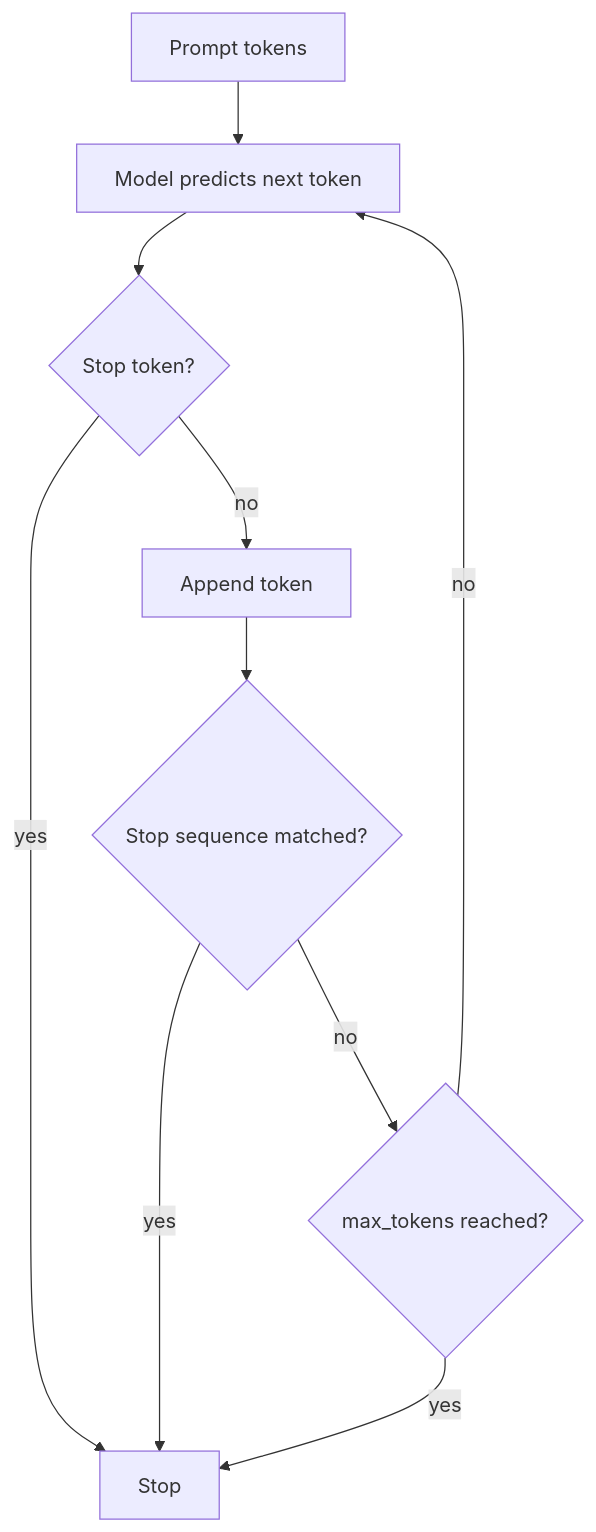
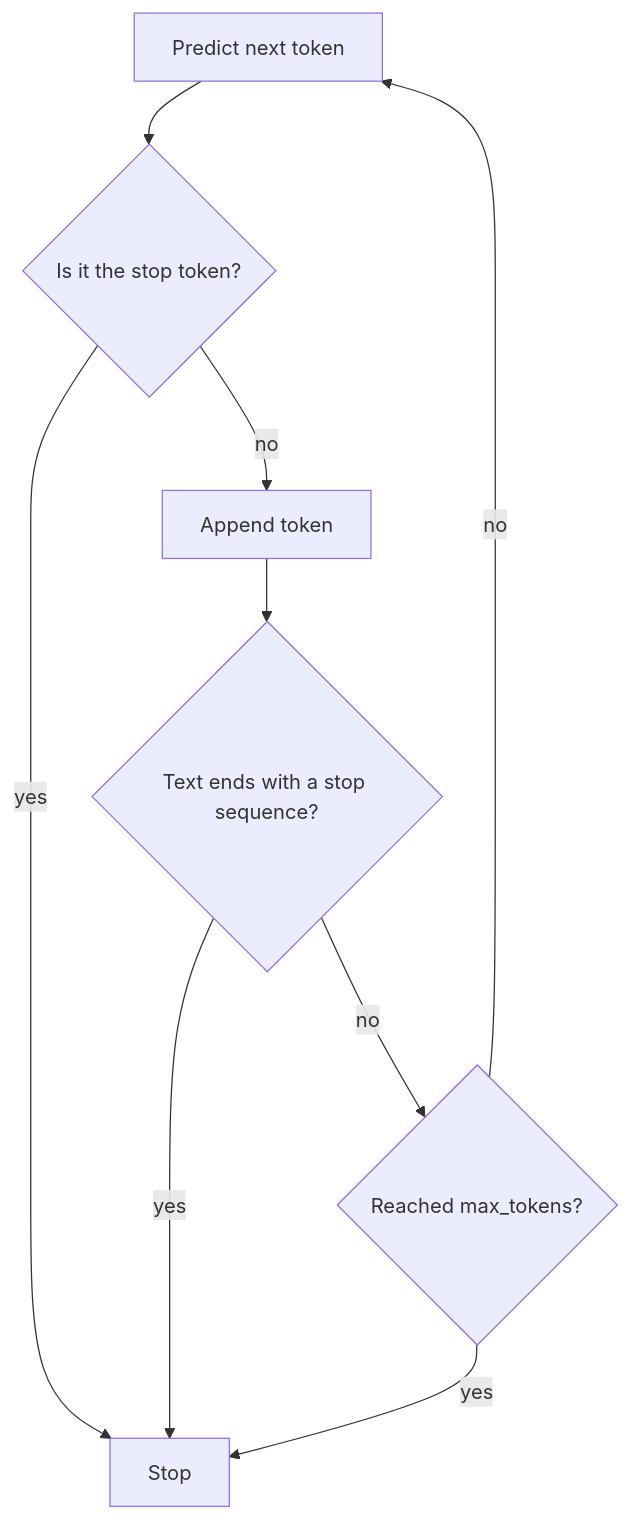
One commit to kaisarnajar/outcome-school-blogs changed the first of 2 diagrams in notes/step-04-how-llms-generate-text/066-stop-tokens-in-llms.md. Above: the diagram before and after it, drawn with Mermaid. The commit also changed other lines of this file and 233 other files, not shown here.

````diff
--- a/notes/step-04-how-llms-generate-text/066-stop-tokens-in-llms.md
+++ b/notes/step-04-how-llms-generate-text/066-stop-tokens-in-llms.md
@@ -46,12 +68,11 @@
 ```mermaid
 flowchart TD
-    A["Prompt tokens"] --> B["Model predicts next token"]
-    B --> C{"Stop token?"}
-    C -->|"yes"| H["Stop"]
-    C -->|"no"| D["Append token"]
-    D --> E{"Stop sequence matched?"}
-    E -->|"yes"| H
-    E -->|"no"| F{"max_tokens reached?"}
-    F -->|"yes"| H
-    F -->|"no"| B
+    G1["Predict next token"] --> G2{"Is it the stop token?"}
+    G2 -->|"yes"| E1["Stop"]
+    G2 -->|"no"| G3["Append token"]
+    G3 --> G4{"Text ends with a stop sequence?"}
+    G4 -->|"yes"| E1
+    G4 -->|"no"| G5{"Reached max_tokens?"}
+    G5 -->|"yes"| E1
+    G5 -->|"no"| G1
 ```
````
